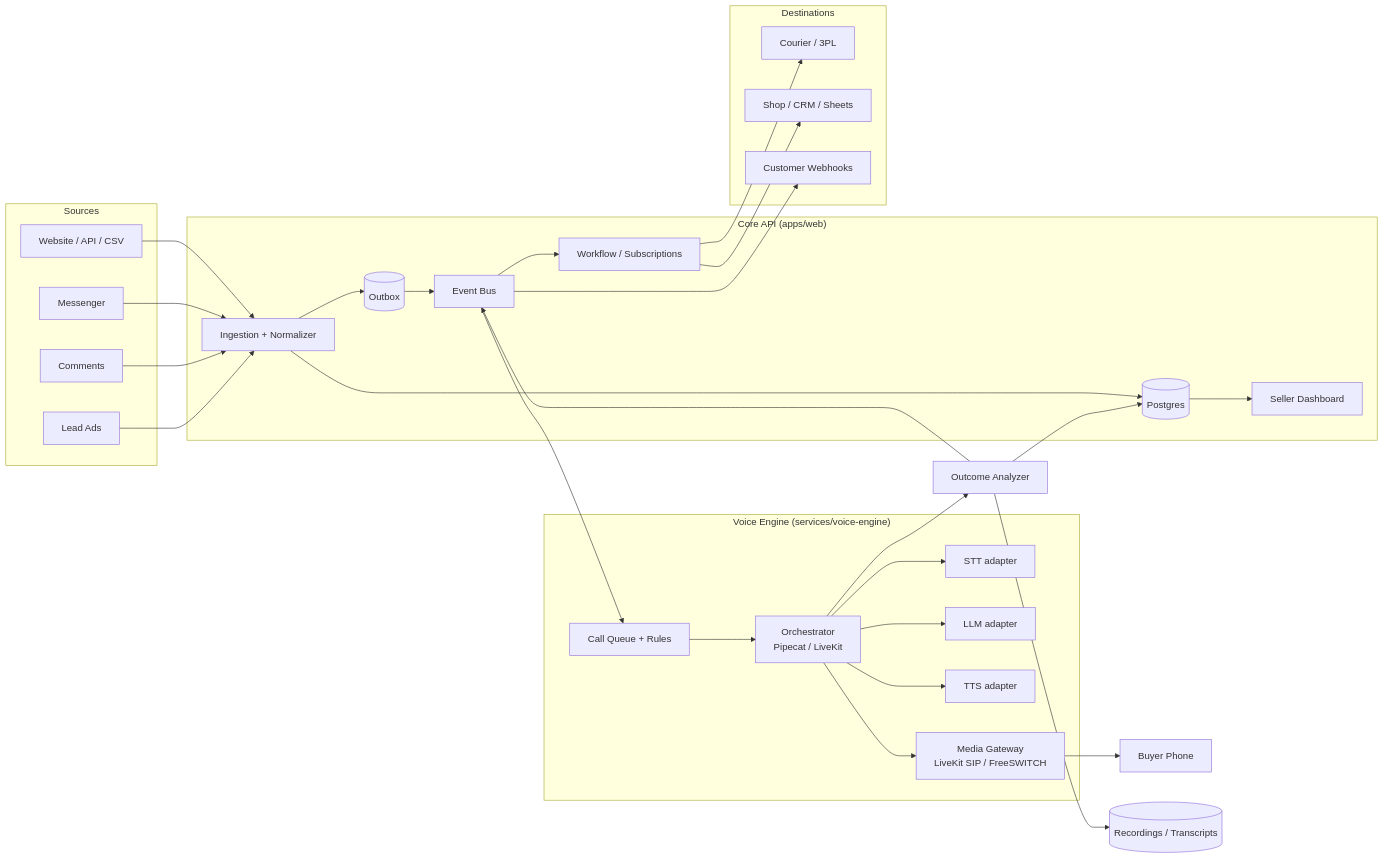
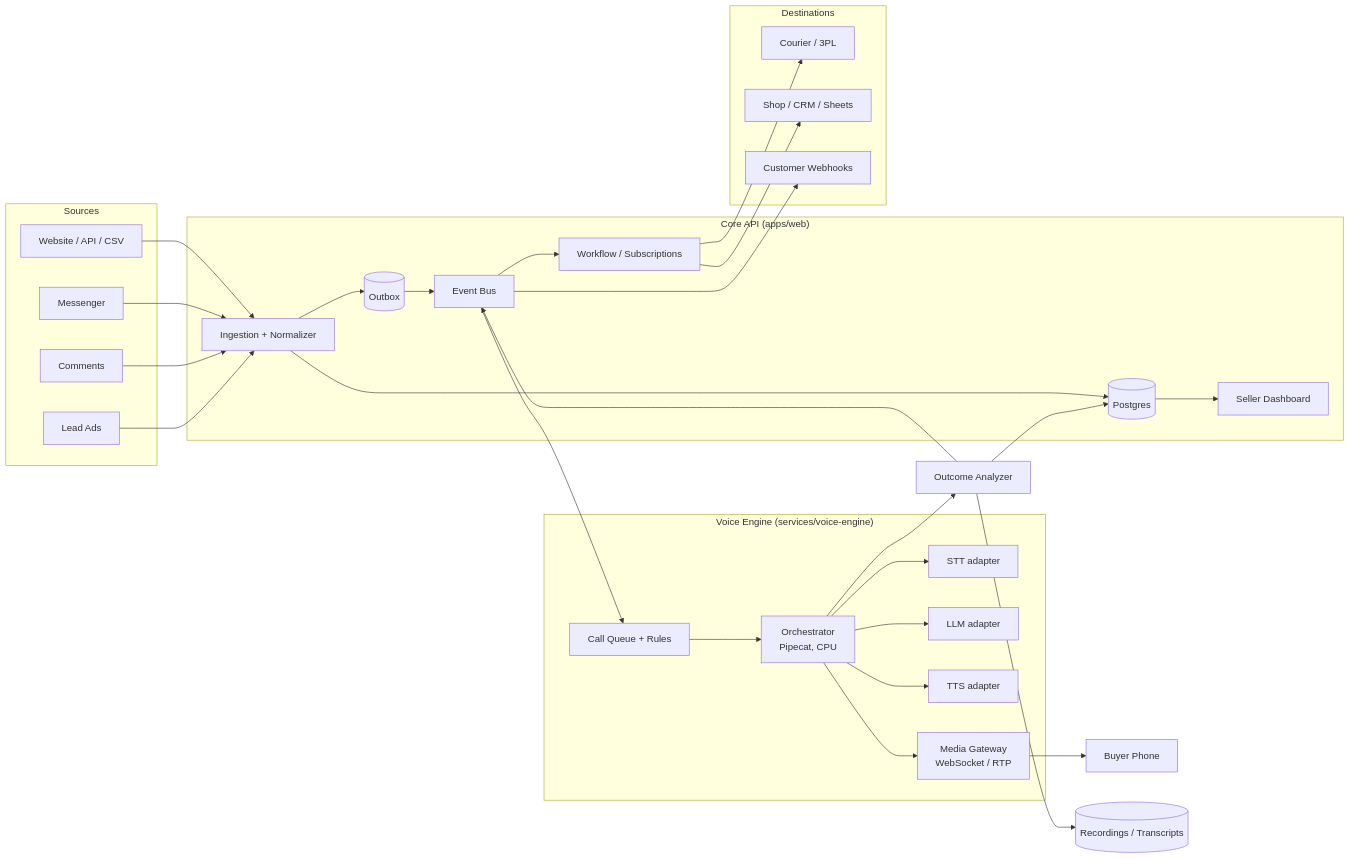
The second of 4 diagrams in PLAN.md (ahsanka667-ai/customercenterai), drawn with Mermaid before and after one commit. The commit also changed other lines of this file and 1 other file, not shown here.

Commit message:
v0.4: GPU-free voice engine with cloud AI APIs, no caller platform

````diff
--- a/PLAN.md
+++ b/PLAN.md
@@ -833,59 +840,59 @@
 ```mermaid
 flowchart LR
   subgraph Sources
     W[Website / API / CSV]
     M[Messenger]
     C[Comments]
     L[Lead Ads]
   end
 
   subgraph Core["Core API (apps/web)"]
     N[Ingestion + Normalizer]
     DB[(Postgres)]
     OUTBOX[(Outbox)]
     BUS[Event Bus]
     WF[Workflow / Subscriptions]
     UI[Seller Dashboard]
   end
 
   subgraph Voice["Voice Engine (services/voice-engine)"]
     Q[Call Queue + Rules]
-    ORCH[Orchestrator<br/>Pipecat / LiveKit]
+    ORCH[Orchestrator<br/>Pipecat, CPU]
     STT[STT adapter]
     LLM[LLM adapter]
     TTS[TTS adapter]
-    GW[Media Gateway<br/>LiveKit SIP / FreeSWITCH]
+    GW[Media Gateway<br/>WebSocket / RTP]
   end
 
   subgraph Destinations
     COURIER[Courier / 3PL]
     SHOP[Shop / CRM / Sheets]
     HOOK[Customer Webhooks]
   end
 
   W --> N
   M --> N
   C --> N
   L --> N
   N --> DB
   N --> OUTBOX
   OUTBOX --> BUS
   BUS --> WF
   BUS --> Q
   BUS --> HOOK
   WF --> COURIER
   WF --> SHOP
 
   Q --> ORCH
   ORCH --> STT
   ORCH --> LLM
   ORCH --> TTS
   ORCH --> GW
   GW --> P[Buyer Phone]
 
   ORCH --> A[Outcome Analyzer]
   A --> DB
   DB --> UI
   A --> BUS
   A --> R[(Recordings / Transcripts)]
 ```
````
